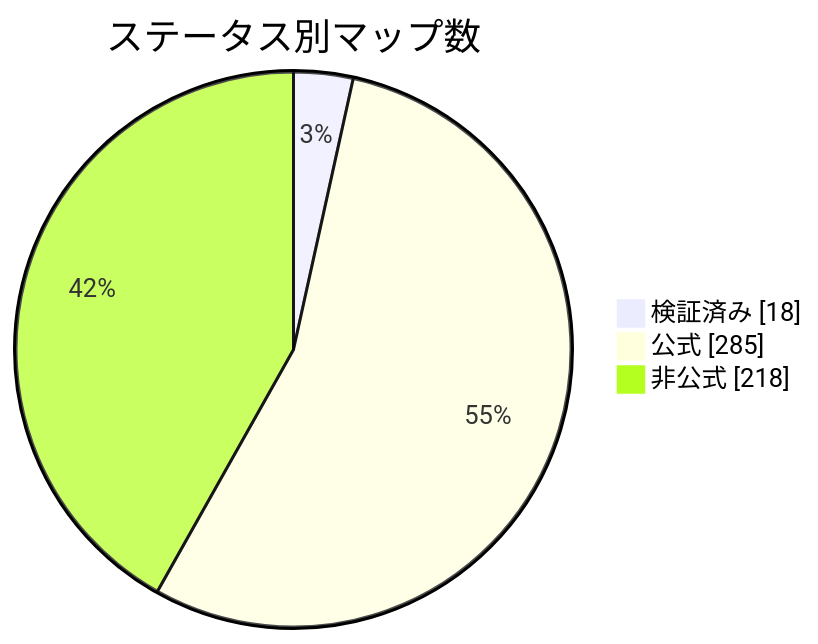
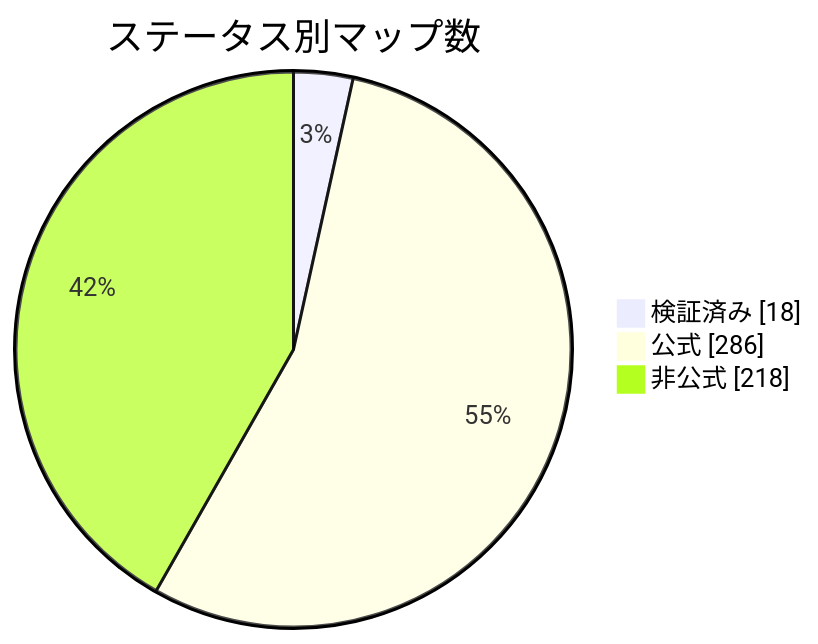
The diagram in docs/readme/README_JP.md (nobrega8/mbmap-library), drawn with Mermaid before and after one commit. The commit also changed 5 other files, not shown here.

````diff
--- a/docs/readme/README_JP.md
+++ b/docs/readme/README_JP.md
@@ -54,7 +54,7 @@
 ```mermaid
 pie showData
     title ステータス別マップ数
     "検証済み" : 18
-    "公式" : 285
+    "公式" : 286
     "非公式" : 218
 ```
````
